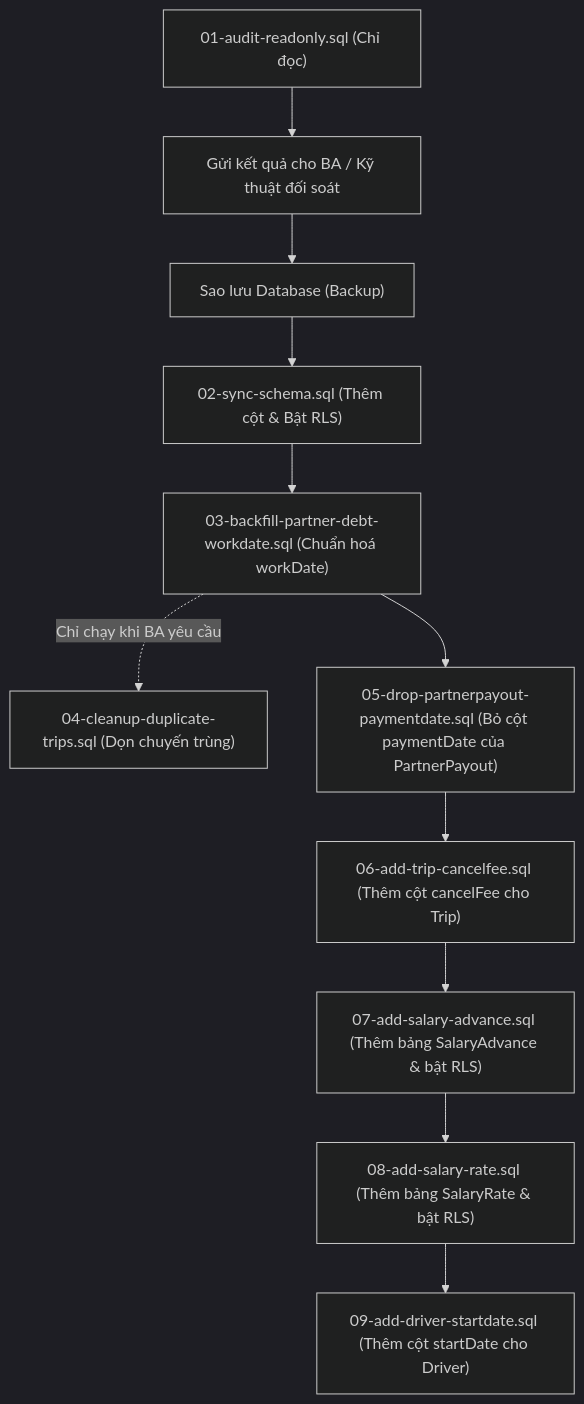
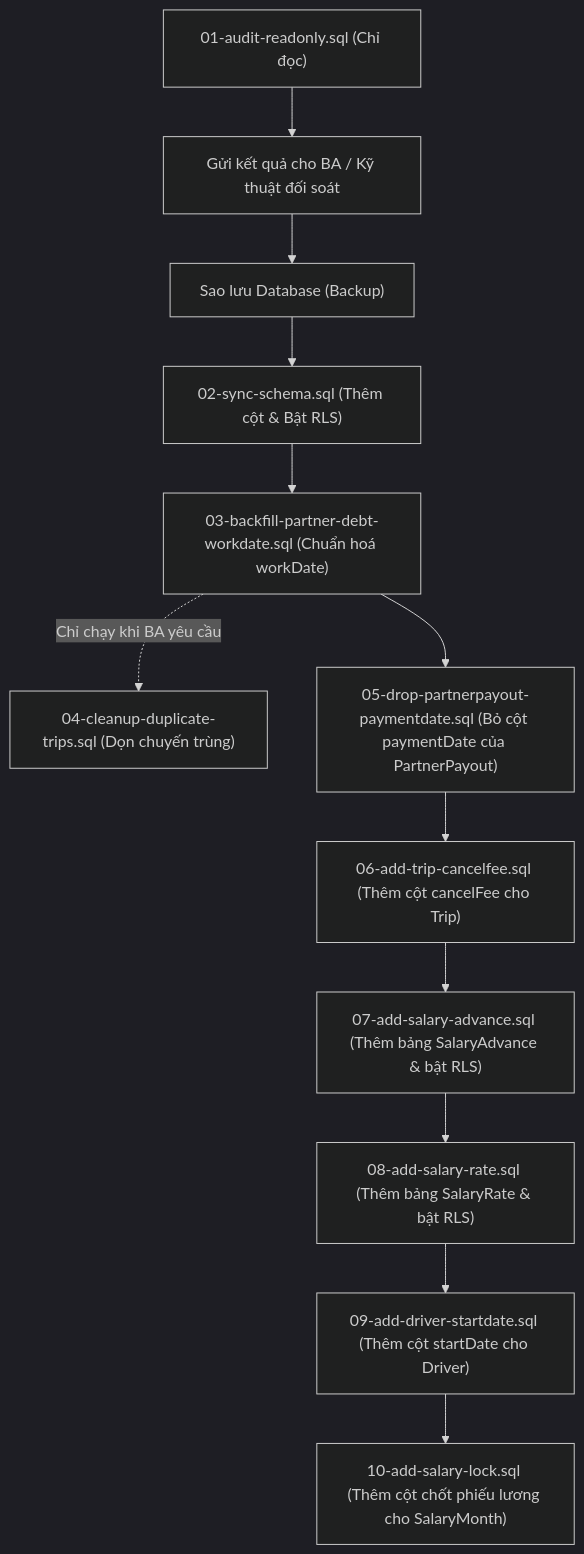
Before and after one commit to xuanthai-work/CarMS: the diagram in web/supabase/scripts/README.md, drawn with Mermaid (dark theme). The commit also changed other lines of this file and 14 other files, not shown here.

````diff
--- a/web/supabase/scripts/README.md
+++ b/web/supabase/scripts/README.md
@@ -15,13 +15,14 @@
 ```mermaid
 flowchart TD
     A["01-audit-readonly.sql (Chỉ đọc)"] --> B["Gửi kết quả cho BA / Kỹ thuật đối soát"]
     B --> C["Sao lưu Database (Backup)"]
     C --> D["02-sync-schema.sql (Thêm cột & Bật RLS)"]
     D --> E["03-backfill-partner-debt-workdate.sql (Chuẩn hoá workDate)"]
     E -.->|Chỉ chạy khi BA yêu cầu| F["04-cleanup-duplicate-trips.sql (Dọn chuyến trùng)"]
     E --> G["05-drop-partnerpayout-paymentdate.sql (Bỏ cột paymentDate của PartnerPayout)"]
     G --> H["06-add-trip-cancelfee.sql (Thêm cột cancelFee cho Trip)"]
     H --> I["07-add-salary-advance.sql (Thêm bảng SalaryAdvance & bật RLS)"]
     I --> J["08-add-salary-rate.sql (Thêm bảng SalaryRate & bật RLS)"]
     J --> K["09-add-driver-startdate.sql (Thêm cột startDate cho Driver)"]
+    K --> L["10-add-salary-lock.sql (Thêm cột chốt phiếu lương cho SalaryMonth)"]
 ```
````
